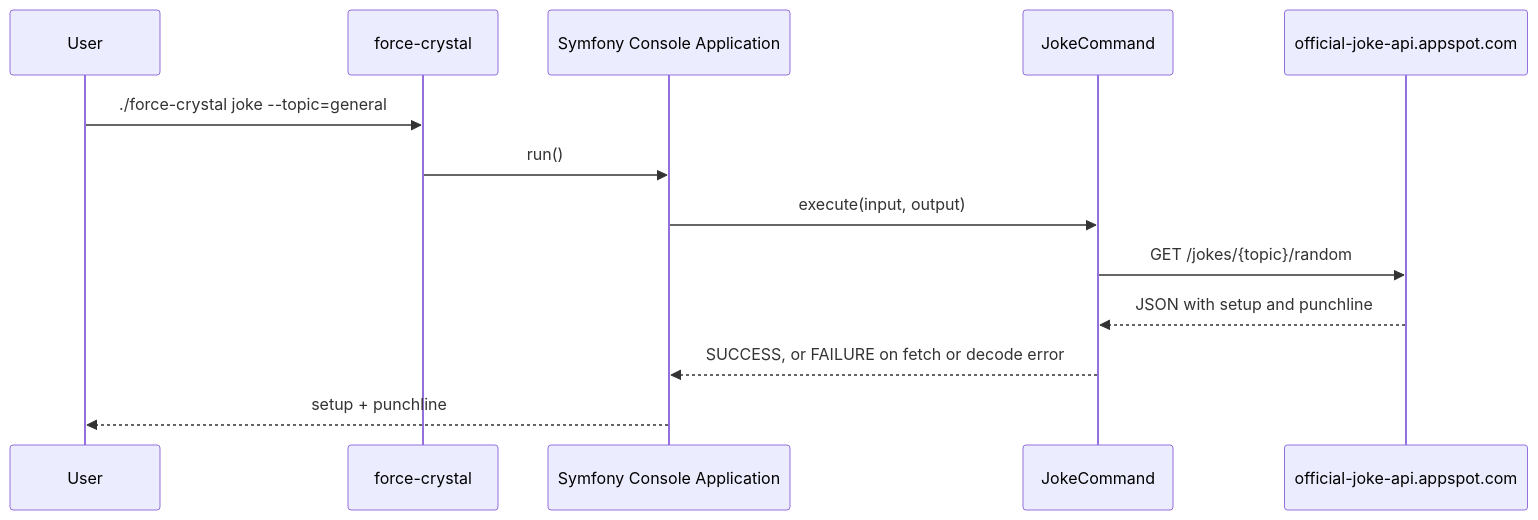
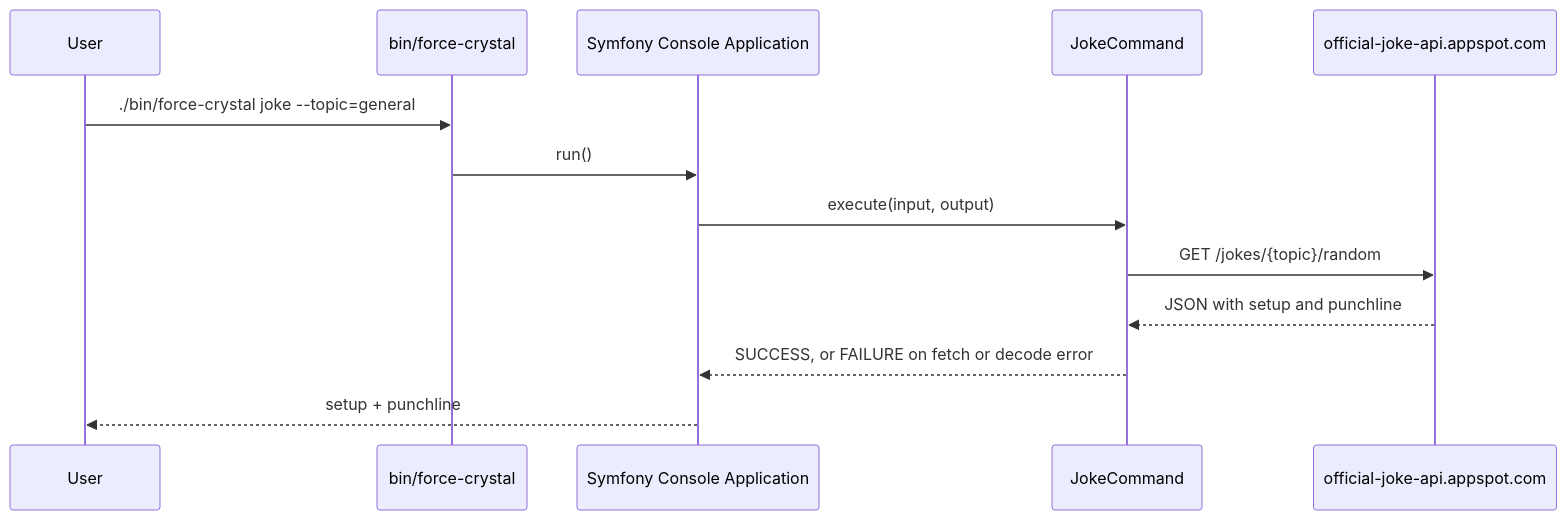
One commit to AlexSkrypnyk/scaffold changed the first of 3 diagrams in .scaffold/tests/phpunit/fixtures/init/_baseline/docs/content/architecture/README.md. Above: the diagram before and after it, drawn with Mermaid. The commit also changed other lines of this file and 90 other files, not shown here.

Commit message:
Moved 'php-command' to 'bin' and the PHAR build output to 'dist'. (#648)

````diff
--- a/.scaffold/tests/phpunit/fixtures/init/_baseline/docs/content/architecture/README.md
+++ b/.scaffold/tests/phpunit/fixtures/init/_baseline/docs/content/architecture/README.md
@@ -17,16 +17,16 @@
 ```mermaid
-%% Traced from: force-crystal, src/Command/JokeCommand.php.
+%% Traced from: bin/force-crystal, src/Command/JokeCommand.php.
 sequenceDiagram
     participant User
-    participant Entry as force-crystal
+    participant Entry as bin/force-crystal
     participant App as Symfony Console Application
     participant Joke as JokeCommand
     participant API as official-joke-api.appspot.com
-    User->>Entry: ./force-crystal joke --topic=general
+    User->>Entry: ./bin/force-crystal joke --topic=general
     Entry->>App: run()
     App->>Joke: execute(input, output)
     Joke->>API: GET /jokes/{topic}/random
     API-->>Joke: JSON with setup and punchline
     Joke-->>App: SUCCESS, or FAILURE on fetch or decode error
     App-->>User: setup + punchline
 ```
````
